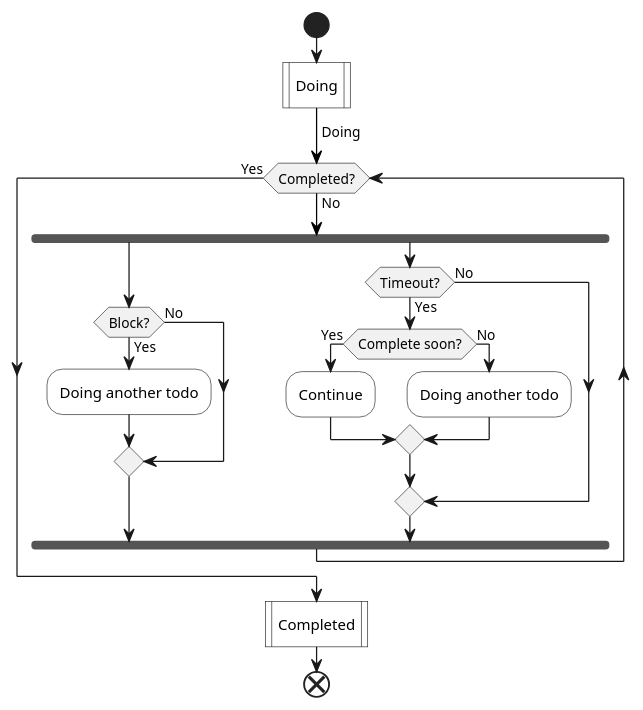
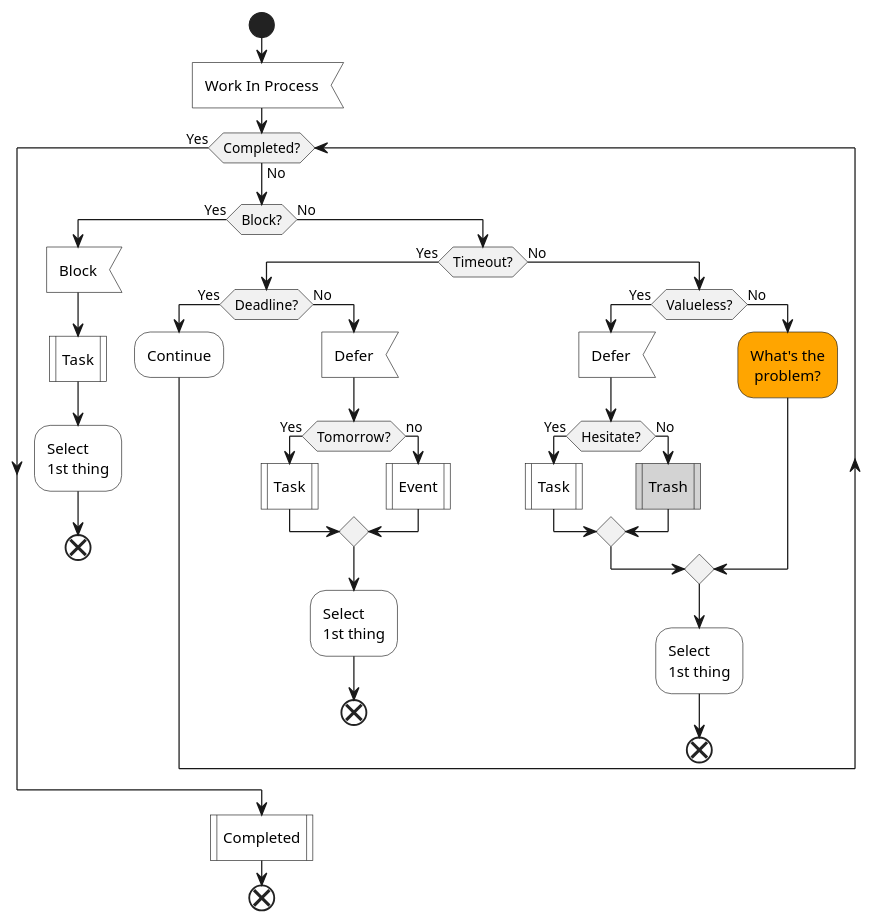
Before and after one commit to IceHe/icehe-lib: the fifth of 6 diagrams in lifelogs/rehabilitation.md, drawn with PlantUML. The commit also changed other lines of this file, not shown here.

````diff
--- a/lifelogs/rehabilitation.md
+++ b/lifelogs/rehabilitation.md
@@ -365,72 +350,45 @@
 ```plantuml
 @startuml
 start
-#white:Doing|
-'#white:Work In Process<
--[#black]-> Doing;
+#white:Work In Process<
 while (Completed?) is (No)
-    fork
-        if (Block?) then (Yes)
-            #white:Doing another todo;
-        else (No)
-        endif
-    fork again
+    if (Block?) then (Yes)
+        #white:Block<
+        #white:Task|
+        #white:Select \n1st thing;
+        end
+    else (No)
         if (Timeout?) then (Yes)
-            if (Complete soon?) then (Yes)
+            if (Deadline?) then (Yes)
                 #white:Continue;
-                '#white:Complete;
-                '#lightGray:Completed|
             else (No)
-                #white:Doing another todo;
-                '#white:Rethink;
-                '#lightGray:Defer<
-                'if (Tomorrow?) then (Yes)
-                '    #lightGray:Todo|
-                'else (no)
-                '    #lightGray:Event|
-                'endif
+                #white:Defer<
+                if (Tomorrow?) then (Yes)
+                    #white:Task|
+                else (no)
+                    #white:Event|
+                endif
+                #white:Select \n1st thing;
+                end
             endif
         else (No)
+            if (Valueless?) then (Yes)
+                #white:Defer<
+                if (Hesitate?) then (Yes)
+                    #white:Task|
+                else (No)
+                    #lightGray:Trash|
+                endif
+            else (No)
+                #orange:What's the\n problem?;
+            endif
+            #white:Select \n1st thing;
+            end
         endif
-    end fork
-    'if (Block?) then (Yes)
-    '    '#white:Rethink;
-    '    '#lightGray:Block<
-    '    #lightGray:Task|
-    'else (No)
-    '    if (Timeout?) then (Yes)
-    '        if (Complete soon?) then (Yes)
-    '            #white:Continue;
-    '            '#white:Complete;
-    '            '#lightGray:Completed|
-    '        else (No)
-    '            #lightGray:Task|
-    '            '#white:Rethink;
-    '            '#lightGray:Defer<
-    '            'if (Tomorrow?) then (Yes)
-    '            '    #lightGray:Todo|
-    '            'else (no)
-    '            '    #lightGray:Event|
-    '            'endif
-    '        endif
-    '    else (No)
-    '        ''if (Valueless?) then (Yes)
-    '        ''    '#white:Discard;
-    '        ''    #lightGray:Trash|
-    '        ''else (No)
-    '        '    #white:Rethink;
-    '        '    #lightGray:Defer<
-    '        '    if (Tomorrow?) then (Yes)
-    '        '        #lightGray:Todo|
-    '        '    else (no)
-    '        '        #lightGray:Event|
-    '        '    endif
-    '        ''endif
-    '    endif
-    'endif
-    ''#lightGray:Untag WIP<
+    endif
+    '#lightGray:Untag WIP<
 endwhile (Yes)
 #white:Completed|
 end
 @enduml
 ```
````
